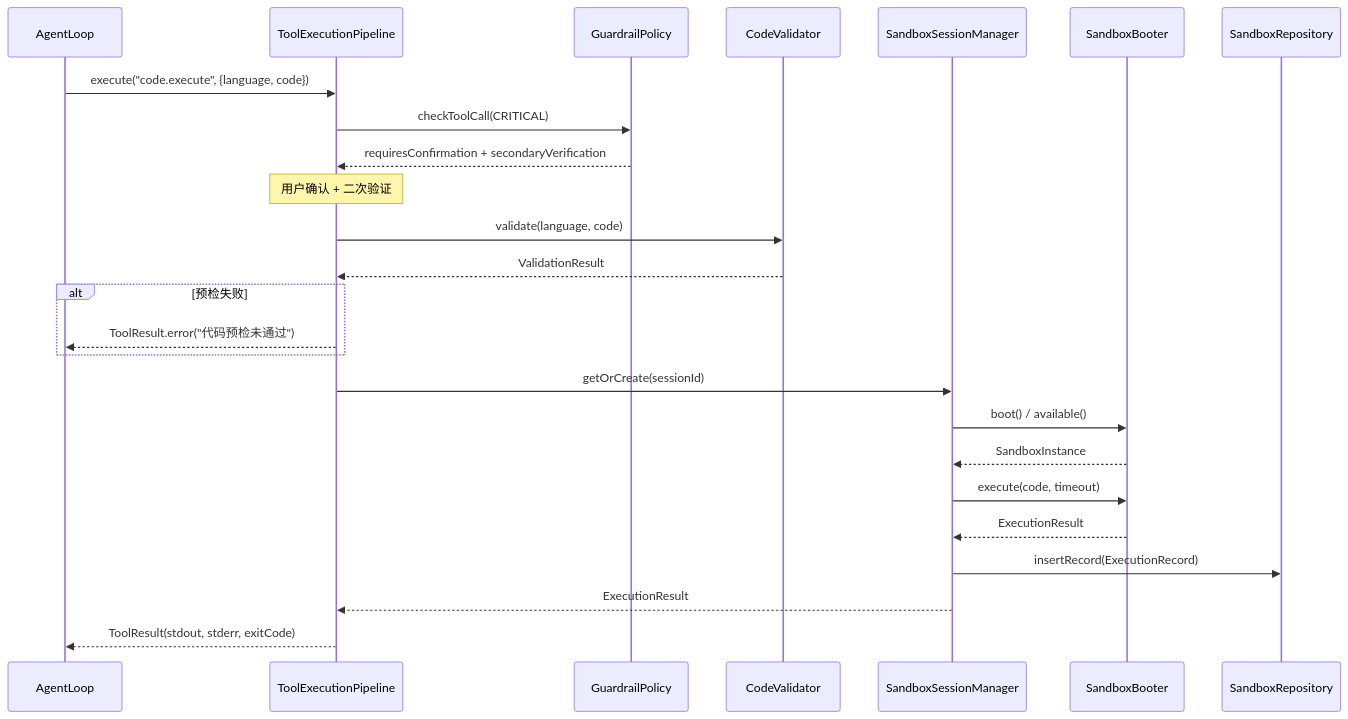
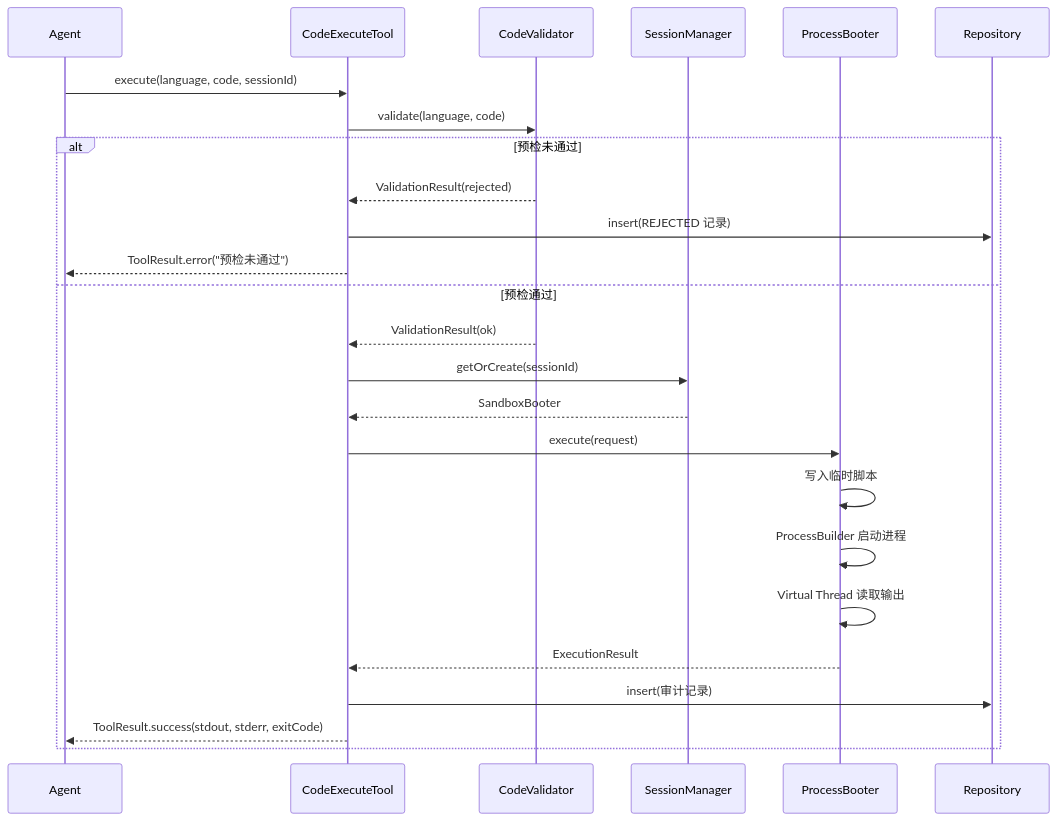
Before and after one commit to ntygod/LifePilot: the second of 2 diagrams in docs/architecture/sandbox.md, drawn with Mermaid. The commit also changed other lines of this file and 1 other file, not shown here.

Commit message:
docs(sandbox): 重写 sandbox 架构文档和特性文档

````diff
--- a/docs/architecture/sandbox.md
+++ b/docs/architecture/sandbox.md
@@ -196,28 +84,28 @@
 ```mermaid
 sequenceDiagram
-    participant Agent as AgentLoop
-    participant Pipeline as ToolExecutionPipeline
-    participant Guardrail as GuardrailPolicy
-    participant Validator as CodeValidator
-    participant Session as SandboxSessionManager
-    participant Booter as SandboxBooter
-    participant Repo as SandboxRepository
+    participant A as Agent
+    participant CET as CodeExecuteTool
+    participant CV as CodeValidator
+    participant SSM as SessionManager
+    participant PB as ProcessBooter
+    participant SR as Repository
 
-    Agent->>Pipeline: execute("code.execute", {language, code})
-    Pipeline->>Guardrail: checkToolCall(CRITICAL)
-    Guardrail-->>Pipeline: requiresConfirmation + secondaryVerification
-    Note over Pipeline: 用户确认 + 二次验证
-    Pipeline->>Validator: validate(language, code)
-    Validator-->>Pipeline: ValidationResult
-    alt 预检失败
-        Pipeline-->>Agent: ToolResult.error("代码预检未通过")
+    A->>CET: execute(language, code, sessionId)
+    CET->>CV: validate(language, code)
+    alt 预检未通过
+        CV-->>CET: ValidationResult(rejected)
+        CET->>SR: insert(REJECTED 记录)
+        CET-->>A: ToolResult.error("预检未通过")
+    else 预检通过
+        CV-->>CET: ValidationResult(ok)
+        CET->>SSM: getOrCreate(sessionId)
+        SSM-->>CET: SandboxBooter
+        CET->>PB: execute(request)
+        PB->>PB: 写入临时脚本
+        PB->>PB: ProcessBuilder 启动进程
+        PB->>PB: Virtual Thread 读取输出
+        PB-->>CET: ExecutionResult
+        CET->>SR: insert(审计记录)
+        CET-->>A: ToolResult.success(stdout, stderr, exitCode)
     end
-    Pipeline->>Session: getOrCreate(sessionId)
-    Session->>Booter: boot() / available()
-    Booter-->>Session: SandboxInstance
-    Session->>Booter: execute(code, timeout)
-    Booter-->>Session: ExecutionResult
-    Session->>Repo: insertRecord(ExecutionRecord)
-    Session-->>Pipeline: ExecutionResult
-    Pipeline-->>Agent: ToolResult(stdout, stderr, exitCode)
 ```
````
